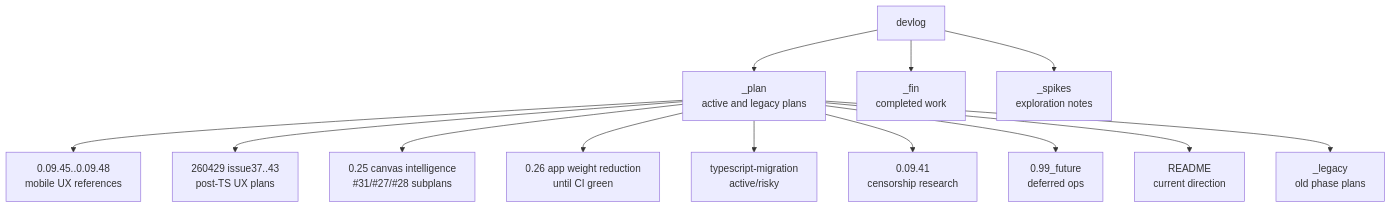
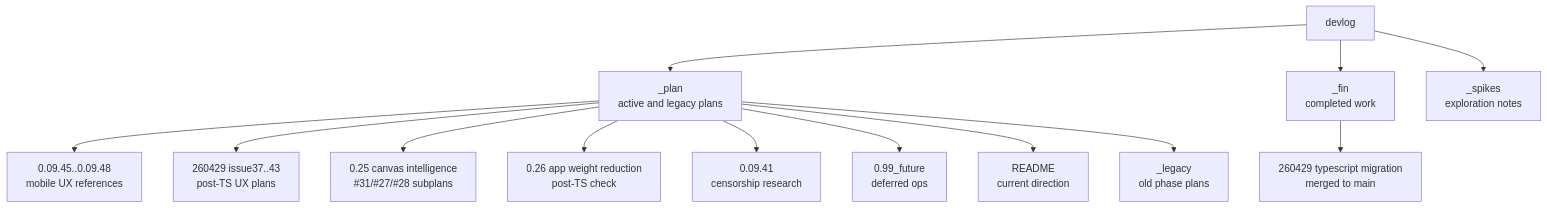
One commit to ChatPoongKun/ima2-gen changed the diagram in structure/07-devlog-map.md. Above: the diagram before and after it, drawn with Mermaid. The commit also changed other lines of this file and 9 other files, not shown here.

````diff
--- a/structure/07-devlog-map.md
+++ b/structure/07-devlog-map.md
@@ -19,15 +19,15 @@
 ```mermaid
 graph TD
     DEV["devlog"] --> PLAN["_plan<br/>active and legacy plans"]
     DEV --> FIN["_fin<br/>completed work"]
     DEV --> SPIKES["_spikes<br/>exploration notes"]
     PLAN --> MOBILE["0.09.45..0.09.48<br/>mobile UX references"]
     PLAN --> UX["260429 issue37..43<br/>post-TS UX plans"]
     PLAN --> INTEL["0.25 canvas intelligence<br/>#31/#27/#28 subplans"]
-    PLAN --> PERF["0.26 app weight reduction<br/>until CI green"]
-    PLAN --> TS["typescript-migration<br/>active/risky"]
+    PLAN --> PERF["0.26 app weight reduction<br/>post-TS check"]
     PLAN --> RESEARCH["0.09.41<br/>censorship research"]
     PLAN --> FUTURE["0.99_future<br/>deferred ops"]
     PLAN --> ROAD["README<br/>current direction"]
     PLAN --> LEGACY["_legacy<br/>old phase plans"]
+    FIN --> TS_DONE["260429 typescript migration<br/>merged to main"]
 ```
````
